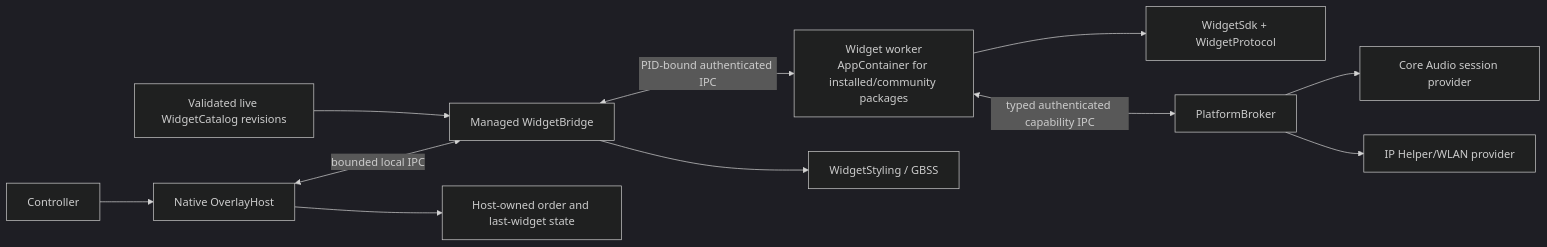
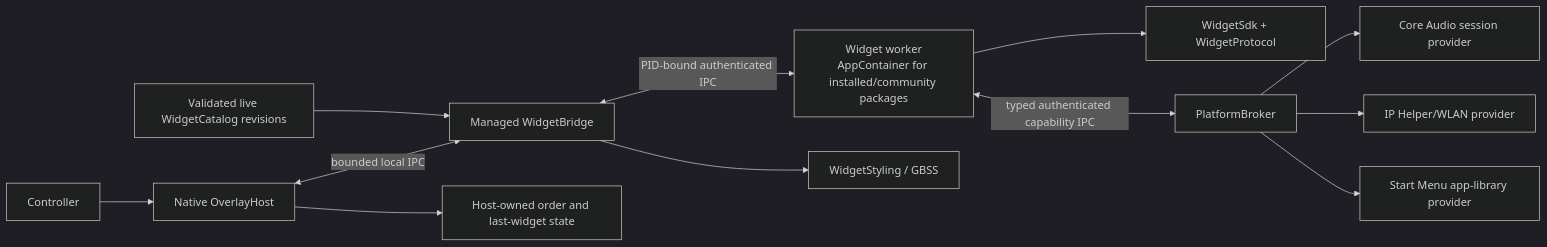
Before and after one commit to sandwi-dev/WidgetRail: the diagram in docs/platform-architecture.md, drawn with Mermaid (dark theme). The commit also changed other lines of this file and 53 other files, not shown here.

````diff
--- a/docs/platform-architecture.md
+++ b/docs/platform-architecture.md
@@ -10,13 +10,14 @@
 ```mermaid
 flowchart LR
     Controller["Controller"] --> Host["Native OverlayHost"]
     Host <-->|"bounded local IPC"| Bridge["Managed WidgetBridge"]
     Bridge <-->|"PID-bound authenticated IPC"| Worker["Widget worker<br/>AppContainer for installed/community packages"]
     Worker --> SDK["WidgetSdk + WidgetProtocol"]
     Bridge --> Styling["WidgetStyling / GBSS"]
     Worker <-->|"typed authenticated capability IPC"| Broker["PlatformBroker"]
     Broker --> Audio["Core Audio session provider"]
     Broker --> Network["IP Helper/WLAN provider"]
+    Broker --> Apps["Start Menu app-library provider"]
     Host --> State["Host-owned order and last-widget state"]
     Catalog["Validated live WidgetCatalog revisions"] --> Bridge
 ```
````
